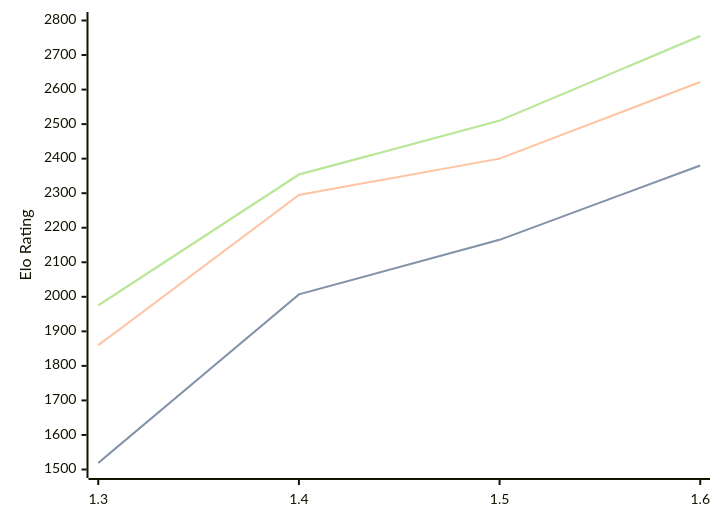
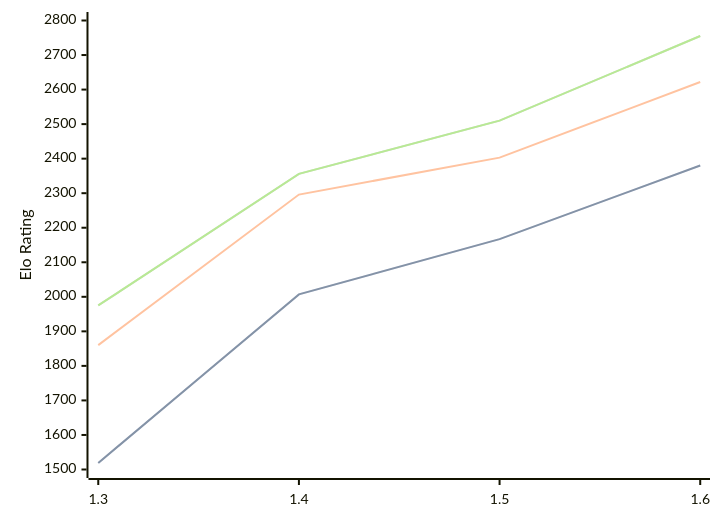
The diagram in engines/Facon.md (computer-chess-index/cci), drawn with Mermaid before and after one commit. The commit also changed other lines of this file, not shown here.

Commit message:
Update CCI Ratings (ELO VLTC) - 2026-10-03

````diff
--- a/engines/Facon.md
+++ b/engines/Facon.md
@@ -35,11 +35,11 @@
 ```mermaid
 %%{init: {"theme":"base","themeVariables":{"seriesColors:['#a3a3a3','#222221','#faa371']}}}%%
 xychart-beta
   x-axis ["1.3", "1.4", "1.5", "1.6"]
   y-axis "Elo Rating" 1500 --> 2800
-  line "" [1519, 2007, 2165, 2380]
-  line "STC (8.0+0.08s)" [1519, 2007, 2165, 2380]
-  line "LTC (60.0+0.60s)" [1860, 2295, 2400, 2622]
-  line "" [1975, 2354, 2510, 2755]
-  line "VLTC (2m24s+1.12s)" [1975, 2354, 2510, 2755]
+  line "" [1519, 2007, 2167, 2380]
+  line "STC (8.0+0.08s)" [1519, 2007, 2167, 2380]
+  line "LTC (60.0+0.60s)" [1860, 2296, 2403, 2622]
+  line "" [1975, 2356, 2510, 2755]
+  line "VLTC (2m24s+1.12s)" [1975, 2356, 2510, 2755]
 ```
````
